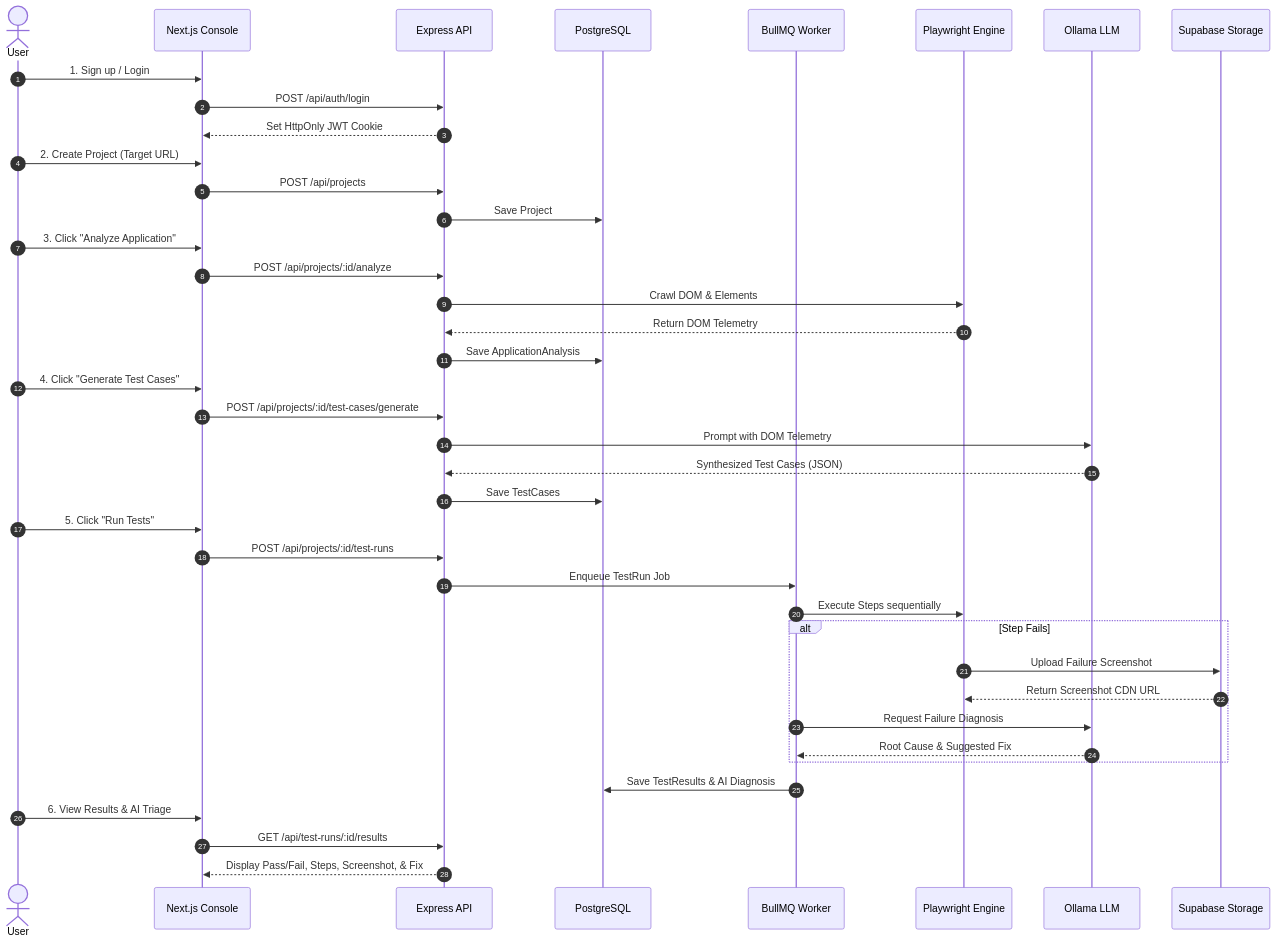
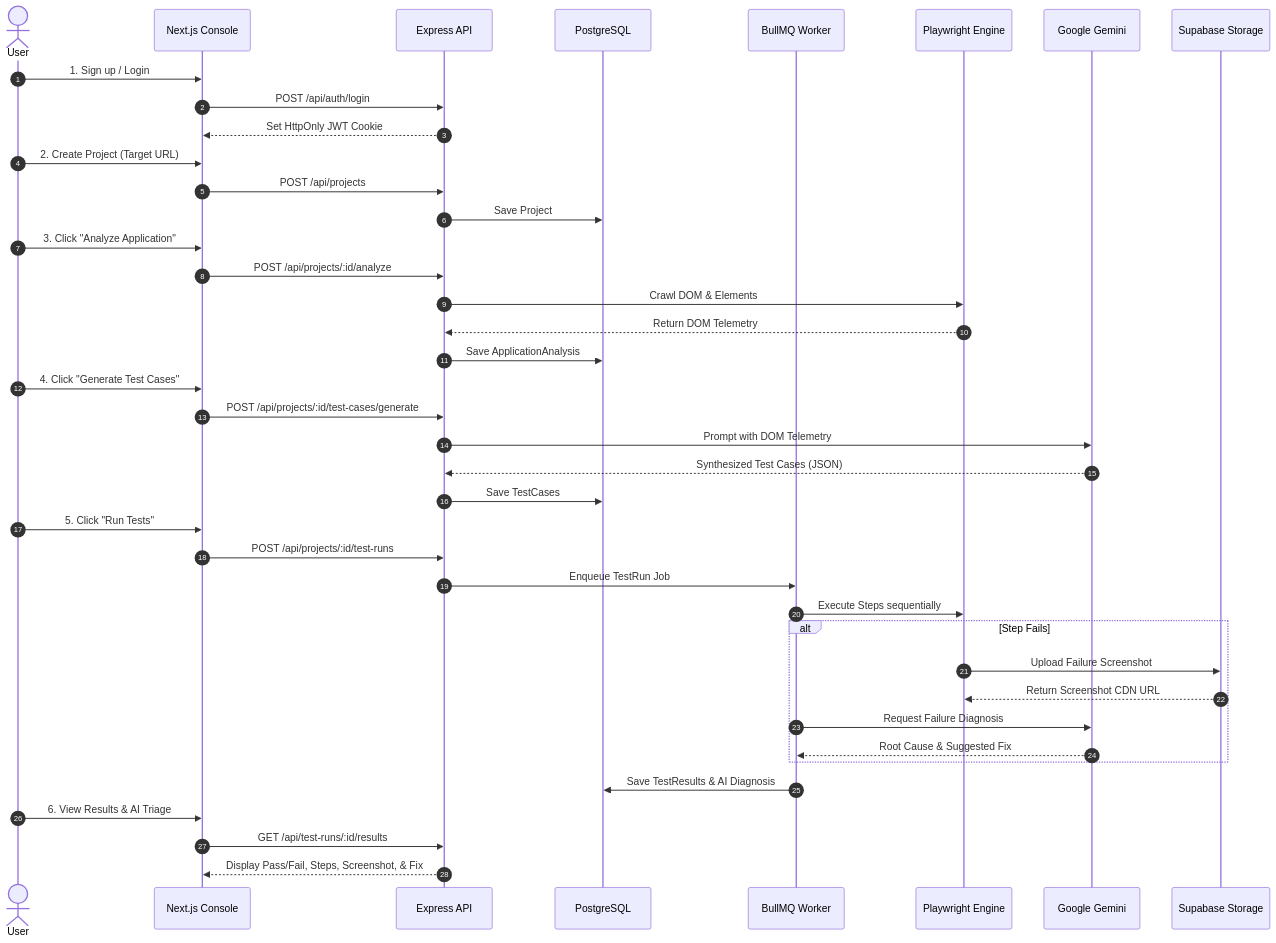
Before and after one commit to ArhamShameem/ai-tester: the second of 2 diagrams in README.md, drawn with Mermaid. The commit also changed other lines of this file and 10 other files, not shown here.

Commit message:
replaced ollama with gemini api

````diff
--- a/README.md
+++ b/README.md
@@ -308,49 +305,49 @@
 ```mermaid
 sequenceDiagram
     autonumber
     actor User
     participant Frontend as Next.js Console
     participant Backend as Express API
     participant DB as PostgreSQL
     participant Worker as BullMQ Worker
     participant PW as Playwright Engine
-    participant Ollama as Ollama LLM
+    participant Gemini as Google Gemini
     participant Storage as Supabase Storage
 
     User->>Frontend: 1. Sign up / Login
     Frontend->>Backend: POST /api/auth/login
     Backend-->>Frontend: Set HttpOnly JWT Cookie
 
     User->>Frontend: 2. Create Project (Target URL)
     Frontend->>Backend: POST /api/projects
     Backend->>DB: Save Project
 
     User->>Frontend: 3. Click "Analyze Application"
     Frontend->>Backend: POST /api/projects/:id/analyze
     Backend->>PW: Crawl DOM & Elements
     PW-->>Backend: Return DOM Telemetry
     Backend->>DB: Save ApplicationAnalysis
 
     User->>Frontend: 4. Click "Generate Test Cases"
     Frontend->>Backend: POST /api/projects/:id/test-cases/generate
-    Backend->>Ollama: Prompt with DOM Telemetry
-    Ollama-->>Backend: Synthesized Test Cases (JSON)
+    Backend->>Gemini: Prompt with DOM Telemetry
+    Gemini-->>Backend: Synthesized Test Cases (JSON)
     Backend->>DB: Save TestCases
 
     User->>Frontend: 5. Click "Run Tests"
     Frontend->>Backend: POST /api/projects/:id/test-runs
     Backend->>Worker: Enqueue TestRun Job
 
     Worker->>PW: Execute Steps sequentially
     alt Step Fails
         PW->>Storage: Upload Failure Screenshot
         Storage-->>PW: Return Screenshot CDN URL
-        Worker->>Ollama: Request Failure Diagnosis
-        Ollama-->>Worker: Root Cause & Suggested Fix
+        Worker->>Gemini: Request Failure Diagnosis
+        Gemini-->>Worker: Root Cause & Suggested Fix
     end
     Worker->>DB: Save TestResults & AI Diagnosis
 
     User->>Frontend: 6. View Results & AI Triage
     Frontend->>Backend: GET /api/test-runs/:id/results
     Backend-->>Frontend: Display Pass/Fail, Steps, Screenshot, & Fix
 ```
````
